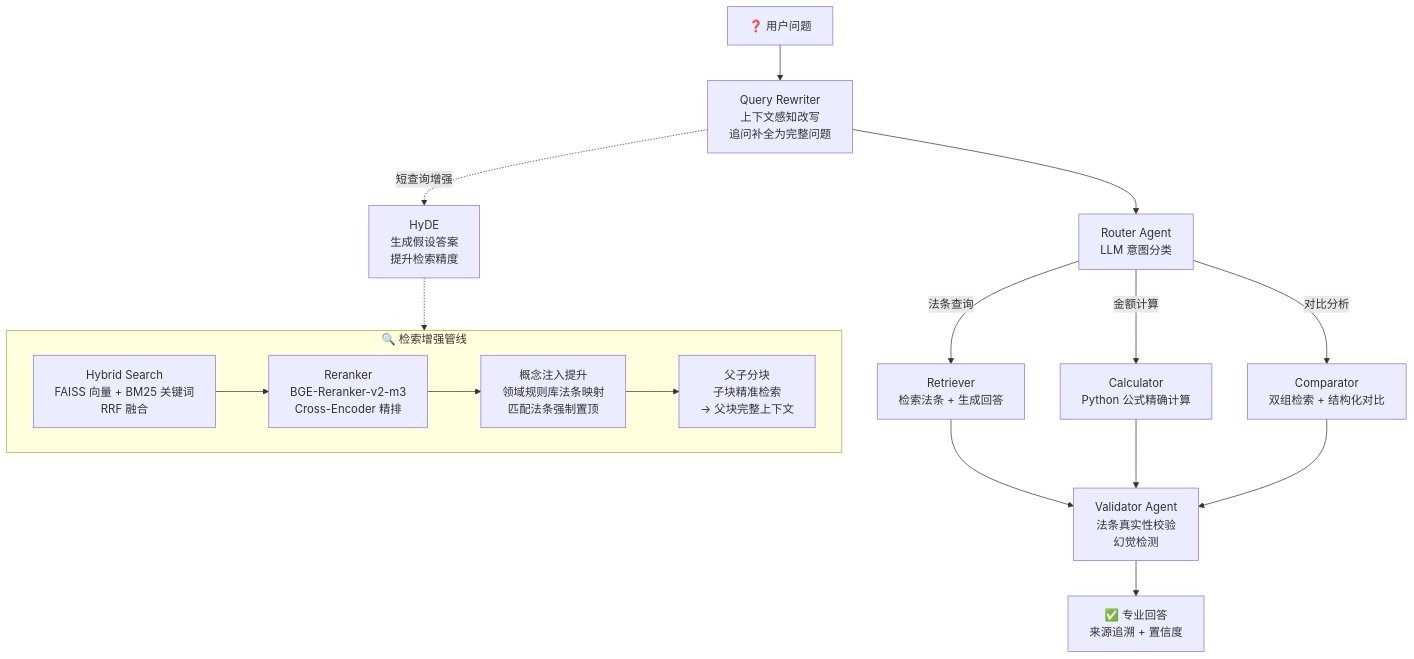
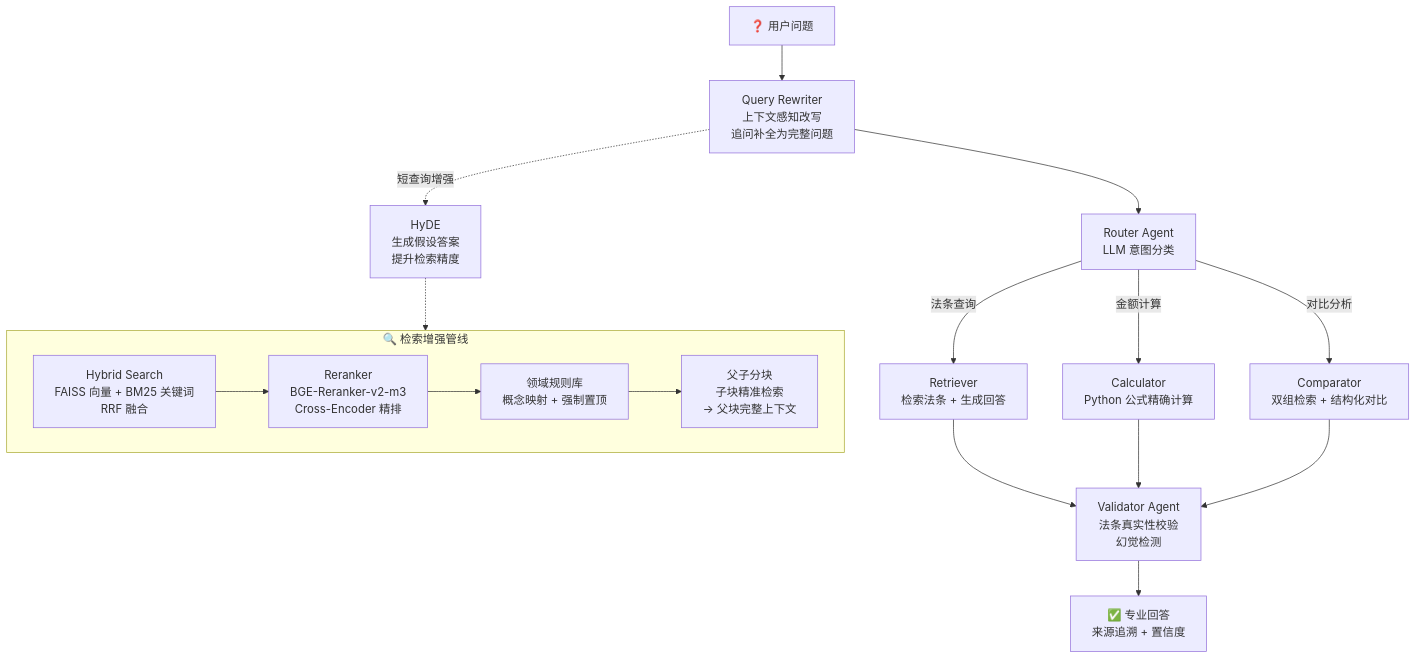
Before and after one commit to liangjianqiang-sys/LaborRAG: the diagram in README.md, drawn with Mermaid. The commit also changed other lines of this file and 4 other files, not shown here.

````diff
--- a/README.md
+++ b/README.md
@@ -45,25 +76,25 @@
 ```mermaid
 flowchart TD
     Q["❓ 用户问题"] --> RW["Query Rewriter<br/>上下文感知改写<br/>追问补全为完整问题"]
     RW --> RA["Router Agent<br/>LLM 意图分类"]
 
     RA -->|法条查询| RET["Retriever<br/>检索法条 + 生成回答"]
     RA -->|金额计算| CAL["Calculator<br/>Python 公式精确计算"]
     RA -->|对比分析| CMP["Comparator<br/>双组检索 + 结构化对比"]
 
     RET --> VAL["Validator Agent<br/>法条真实性校验<br/>幻觉检测"]
     CAL --> VAL
     CMP --> VAL
     VAL --> ANS["✅ 专业回答<br/>来源追溯 + 置信度"]
 
     subgraph SEARCH["🔍 检索增强管线"]
         direction LR
         HS["Hybrid Search<br/>FAISS 向量 + BM25 关键词<br/>RRF 融合"] -->
         RER["Reranker<br/>BGE-Reranker-v2-m3<br/>Cross-Encoder 精排"] -->
-        CI["概念注入提升<br/>领域规则库法条映射<br/>匹配法条强制置顶"] -->
+        CI["领域规则库<br/>概念映射 + 强制置顶"] -->
         PC["父子分块<br/>子块精准检索<br/>→ 父块完整上下文"]
     end
 
     RW -.->|短查询增强| HYD["HyDE<br/>生成假设答案<br/>提升检索精度"]
     HYD -.-> HS
 ```
````
